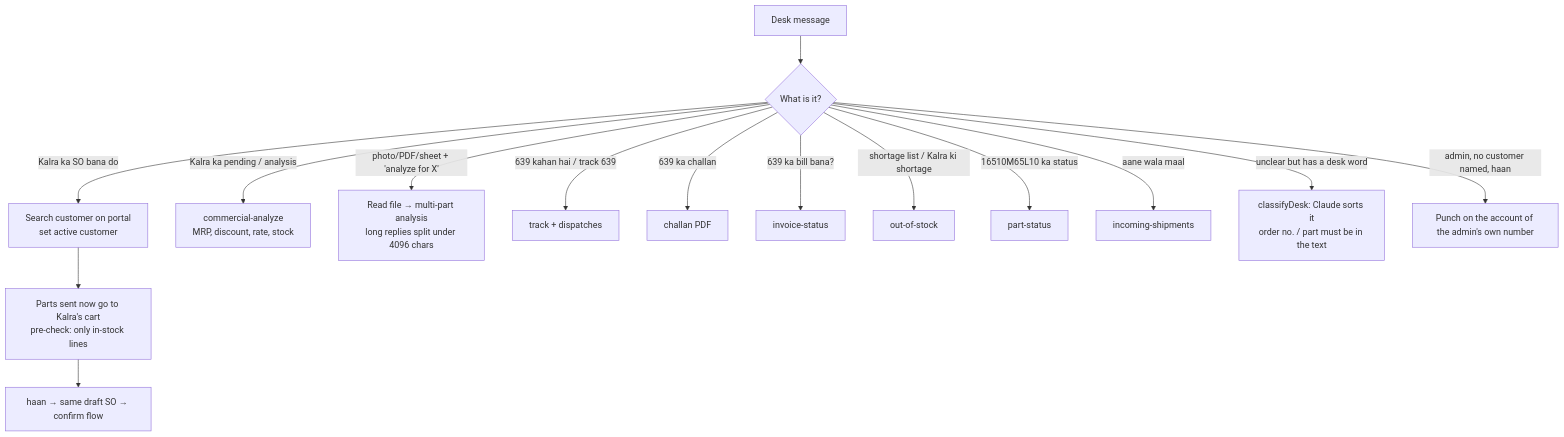
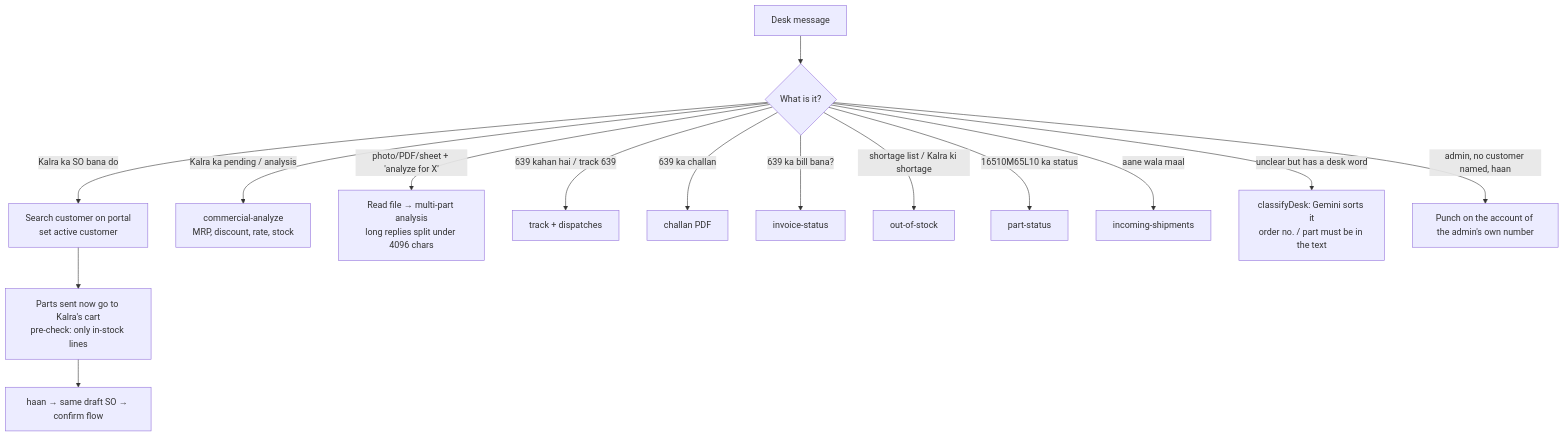
The fifth of 6 diagrams in docs/AUTOFLOW_SYSTEM_DESIGN.md (interns-arch/Autoflow-main), drawn with Mermaid before and after one commit. The commit also changed other lines of this file and 26 other files, not shown here.

````diff
--- a/docs/AUTOFLOW_SYSTEM_DESIGN.md
+++ b/docs/AUTOFLOW_SYSTEM_DESIGN.md
@@ -242,17 +242,17 @@
 ```mermaid
 flowchart TD
   S1[Desk message] --> S2{What is it?}
   S2 -- "Kalra ka SO bana do" --> S3[Search customer on portal<br/>set active customer]
   S3 --> S4[Parts sent now go to Kalra's cart<br/>pre-check: only in-stock lines]
   S4 --> S5["haan → same draft SO → confirm flow"]
   S2 -- "Kalra ka pending / analysis" --> S6[commercial-analyze<br/>MRP, discount, rate, stock]
   S2 -- "photo/PDF/sheet + 'analyze for X'" --> S7[Read file → multi-part analysis<br/>long replies split under 4096 chars]
   S2 -- "639 kahan hai / track 639" --> S8[track + dispatches]
   S2 -- "639 ka challan" --> S9[challan PDF]
   S2 -- "639 ka bill bana?" --> S10[invoice-status]
   S2 -- "shortage list / Kalra ki shortage" --> S11[out-of-stock]
   S2 -- "16510M65L10 ka status" --> S12[part-status]
   S2 -- "aane wala maal" --> S13[incoming-shipments]
-  S2 -- "unclear but has a desk word" --> S14[classifyDesk: Claude sorts it<br/>order no. / part must be in the text]
+  S2 -- "unclear but has a desk word" --> S14[classifyDesk: Gemini sorts it<br/>order no. / part must be in the text]
   S2 -- "admin, no customer named, haan" --> S15[Punch on the account of the admin's own number]
 ```
````
